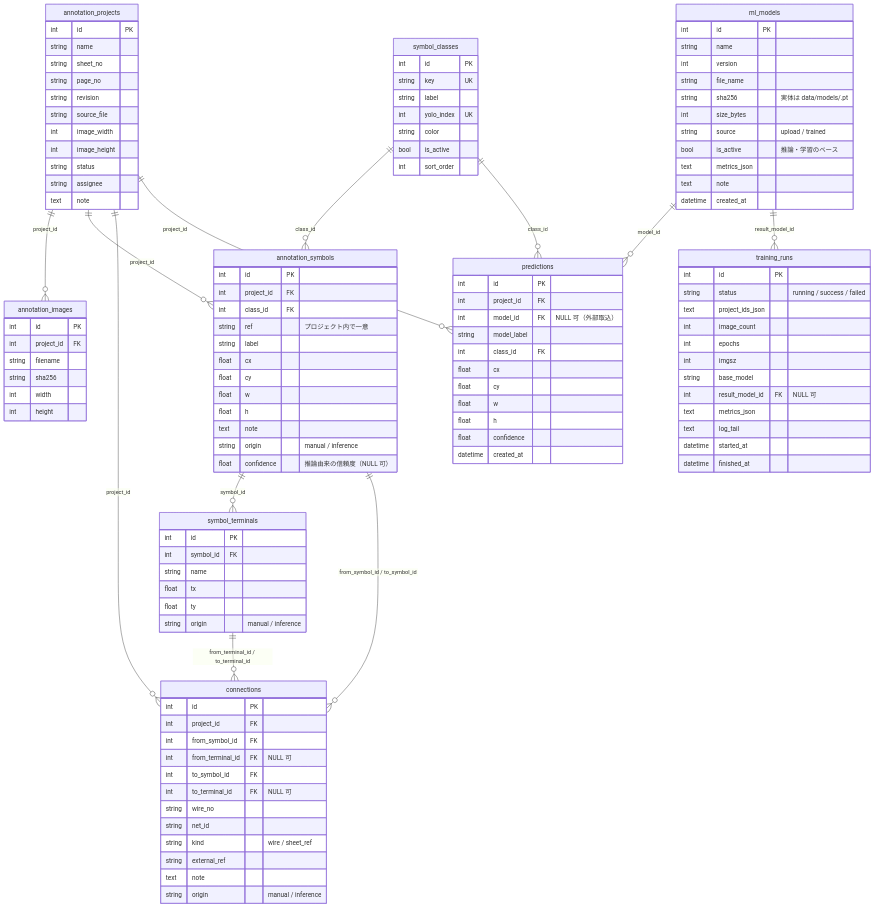
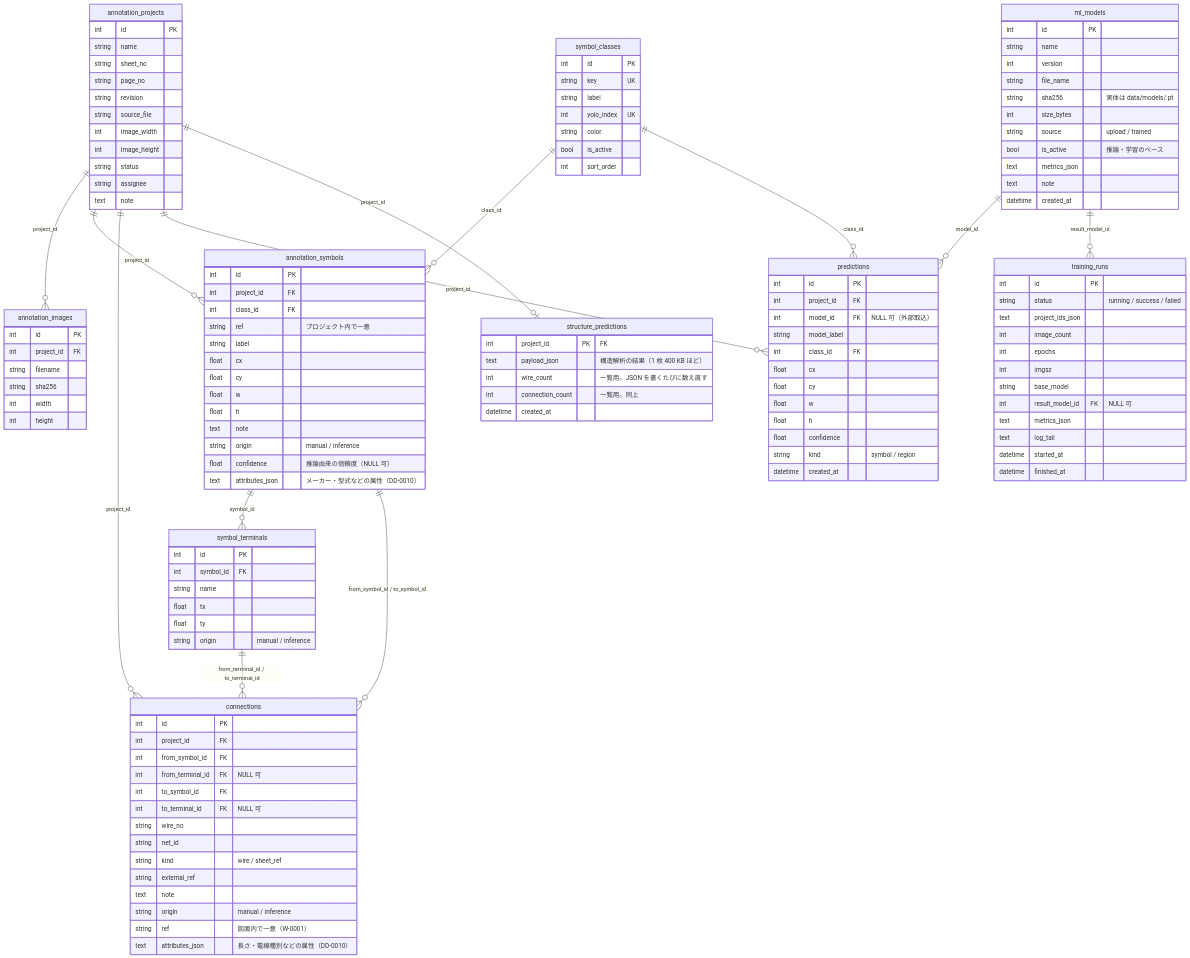
Before and after one commit to elith-co-jp/proj-todensekkei-2609-2611: the diagram in docs/ER_DIAGRAM.md, drawn with Mermaid. The commit also changed other lines of this file and 19 other files, not shown here.

```diff
--- a/docs/ER_DIAGRAM.md
+++ b/docs/ER_DIAGRAM.md
@@ -10,6 +10,7 @@
     annotation_symbols ||--o{ connections : "from_symbol_id / to_symbol_id"
     symbol_terminals ||--o{ connections : "from_terminal_id / to_terminal_id"
     annotation_projects ||--o{ predictions : "project_id"
+    annotation_projects ||--o| structure_predictions : "project_id"
     symbol_classes ||--o{ predictions : "class_id"
     ml_models ||--o{ predictions : "model_id"
     ml_models ||--o{ training_runs : "result_model_id"
@@ -57,6 +58,7 @@
         text note
         string origin "manual / inference"
         float confidence "推論由来の信頼度（NULL 可）"
+        text attributes_json "メーカー・型式などの属性（DD-0010）"
     }
     symbol_terminals {
         int id PK
@@ -79,6 +81,8 @@
         string external_ref
         text note
         string origin "manual / inference"
+        string ref "図面内で一意（W-0001）"
+        text attributes_json "長さ・電線種別などの属性（DD-0010）"
     }
     ml_models {
         int id PK
@@ -104,6 +108,14 @@
         float w
         float h
         float confidence
+        string kind "symbol / region"
+        datetime created_at
+    }
+    structure_predictions {
+        int project_id PK "FK"
+        text payload_json "構造解析の結果（1 枚 400 KB ほど）"
+        int wire_count "一覧用。JSON を書くたびに数え直す"
+        int connection_count "一覧用。同上"
         datetime created_at
     }
     training_runs {
```
